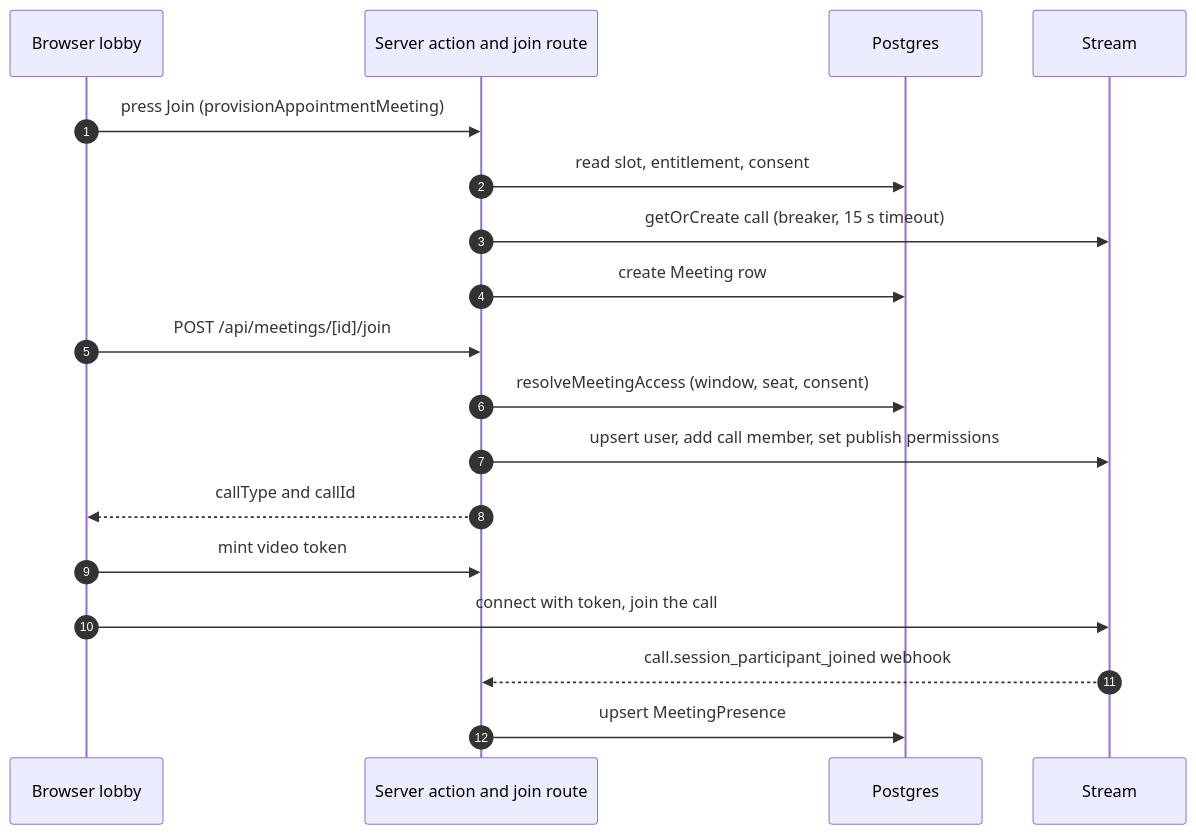
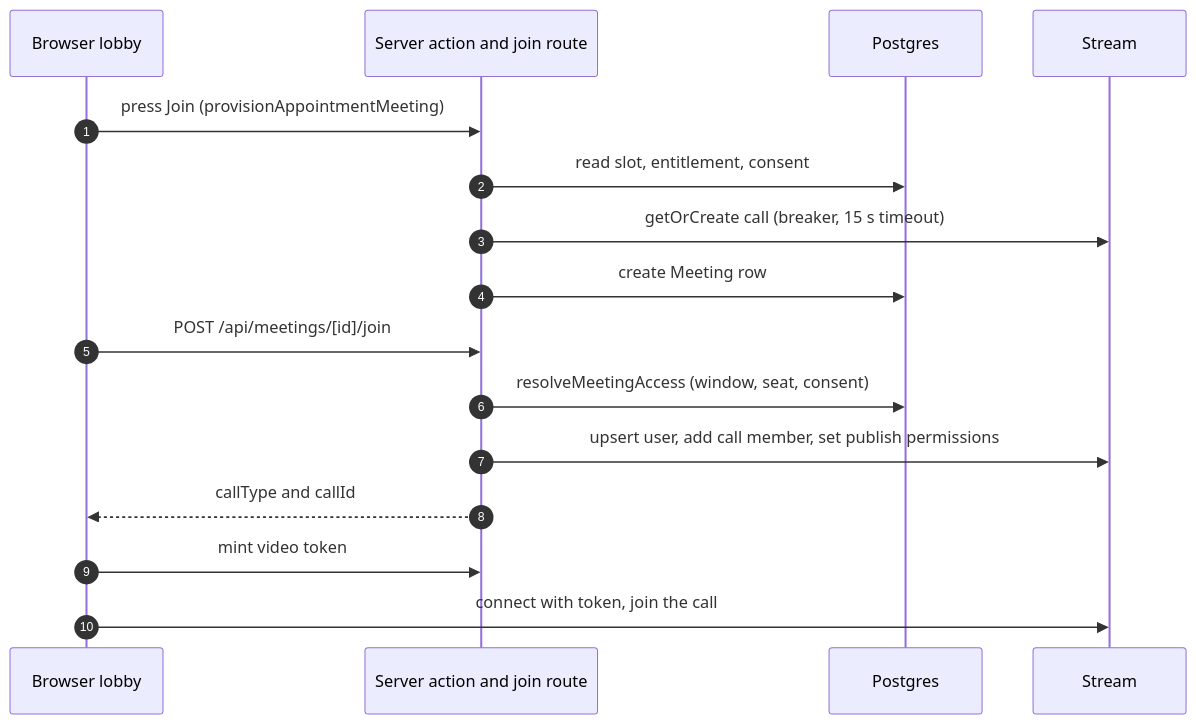
The fifth of 10 diagrams in docs/start-here/06-chat-and-video-system-hld.md (Practitionist/familiarise_web), drawn with Mermaid before and after one commit. The commit also changed other lines of this file and 19 other files, not shown here.

````diff
--- a/docs/start-here/06-chat-and-video-system-hld.md
+++ b/docs/start-here/06-chat-and-video-system-hld.md
@@ -157,20 +157,18 @@
 ```mermaid
 sequenceDiagram
   autonumber
   participant B as Browser lobby
   participant S as Server action and join route
   participant P as Postgres
   participant V as Stream
   B->>S: press Join (provisionAppointmentMeeting)
   S->>P: read slot, entitlement, consent
   S->>V: getOrCreate call (breaker, 15 s timeout)
   S->>P: create Meeting row
   B->>S: POST /api/meetings/[id]/join
   S->>P: resolveMeetingAccess (window, seat, consent)
   S->>V: upsert user, add call member, set publish permissions
   S-->>B: callType and callId
   B->>S: mint video token
   B->>V: connect with token, join the call
-  V-->>S: call.session_participant_joined webhook
-  S->>P: upsert MeetingPresence
 ```
````
